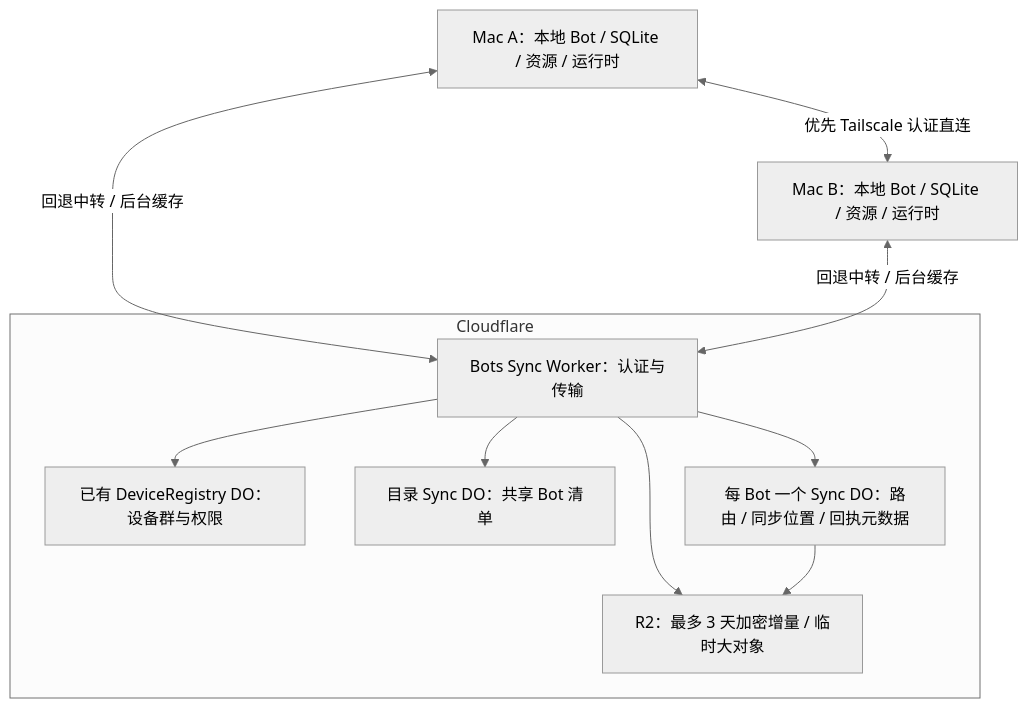
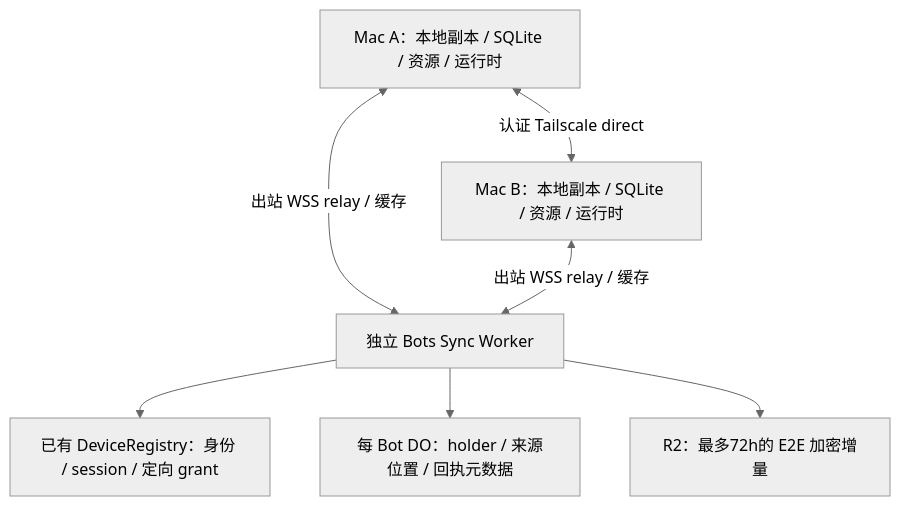
Before and after one commit to MashellHan/eagle: the diagram in docs/bots/SYNC-ARCHITECTURE.md, drawn with Mermaid (neutral theme). The commit also changed other lines of this file and 59 other files, not shown here.

````diff
--- a/docs/bots/SYNC-ARCHITECTURE.md
+++ b/docs/bots/SYNC-ARCHITECTURE.md
@@ -16,20 +25,15 @@
 ```mermaid
 flowchart TB
-  A["Mac A：本地 Bot / SQLite / 资源 / 运行时"]
-  B["Mac B：本地 Bot / SQLite / 资源 / 运行时"]
-  subgraph CF["Cloudflare"]
-    W["Bots Sync Worker：认证与传输"]
-    G["已有 DeviceRegistry DO：设备群与权限"]
-    C["目录 Sync DO：共享 Bot 清单"]
-    S["每 Bot 一个 Sync DO：路由 / 同步位置 / 回执元数据"]
-    R["R2：最多 3 天加密增量 / 临时大对象"]
-    W --> G
-    W --> C
-    W --> S
-    W --> R
-    S --> R
-  end
-  A <-->|优先 Tailscale 认证直连| B
-  A <-->|回退中转 / 后台缓存| W
-  B <-->|回退中转 / 后台缓存| W
+  A["Mac A：本地副本 / SQLite / 资源 / 运行时"]
+  B["Mac B：本地副本 / SQLite / 资源 / 运行时"]
+  W["独立 Bots Sync Worker"]
+  G["已有 DeviceRegistry：身份 / session / 定向 grant"]
+  S["每 Bot DO：holder / 来源位置 / 回执元数据"]
+  R["R2：最多72h的 E2E 加密增量"]
+  A <-->|认证 Tailscale direct| B
+  A <-->|出站 WSS relay / 缓存| W
+  B <-->|出站 WSS relay / 缓存| W
+  W --> G
+  W --> S
+  W --> R
 ```
````
